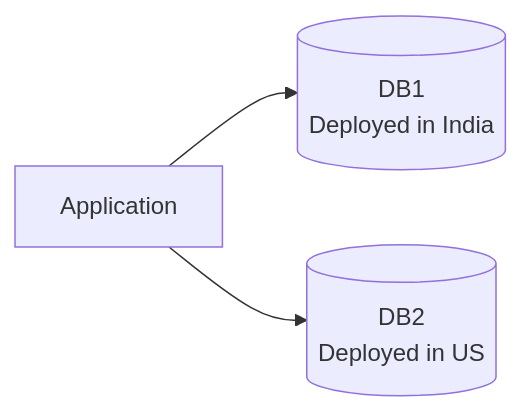
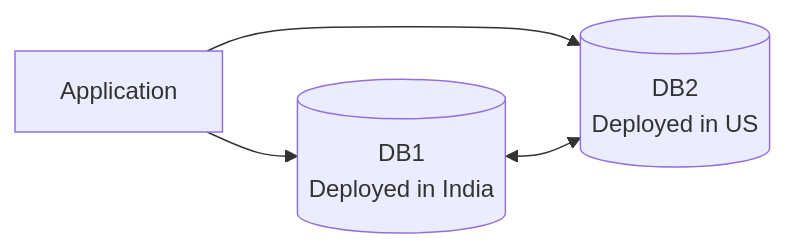
Before and after one commit to danishnetp/learning-system-design-concepts: the diagram in src/main/java/com/system/design/high_level_design/code_concept/cap_theorem/cap_theorem_diagram.md, drawn with Mermaid. The commit also changed other lines of this file, not shown here.

````diff
--- a/src/main/java/com/system/design/high_level_design/code_concept/cap_theorem/cap_theorem_diagram.md
+++ b/src/main/java/com/system/design/high_level_design/code_concept/cap_theorem/cap_theorem_diagram.md
@@ -3,9 +3,10 @@
 ```mermaid
 flowchart LR
     App[Application]
     DB1[(DB1\nDeployed in India)]
     DB2[(DB2\nDeployed in US)]
 
     App --> DB1
     App --> DB2
+    DB1 <--> DB2
 ```
````
